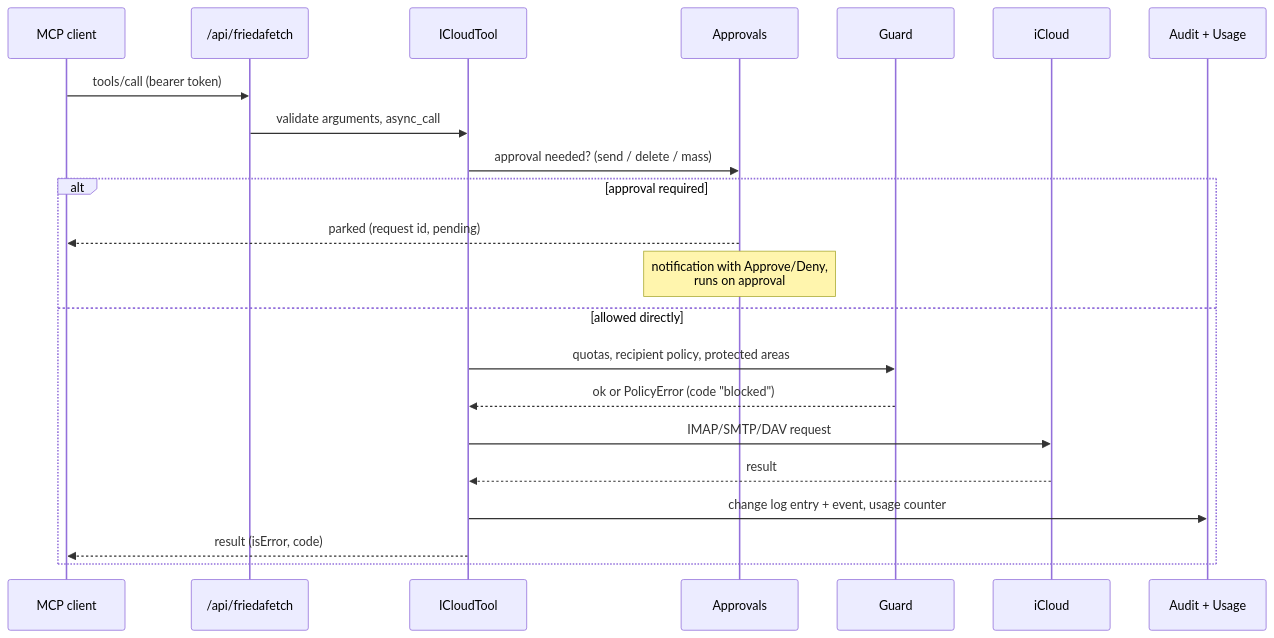
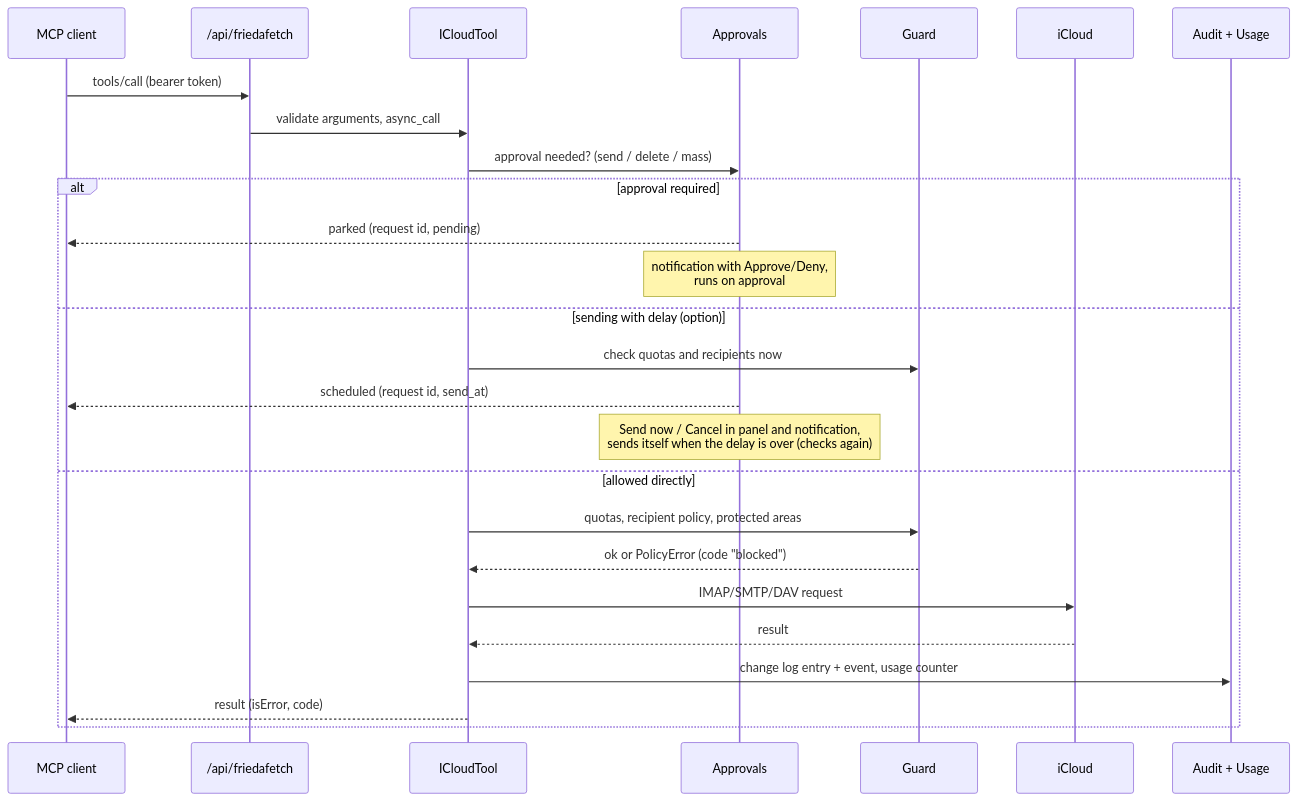
One commit to nadeo360/friedafetch changed the third of 6 diagrams in docs/architecture.md. Above: the diagram before and after it, drawn with Mermaid. The commit also changed other lines of this file and 1 other file, not shown here.

````diff
--- a/docs/architecture.md
+++ b/docs/architecture.md
@@ -215,24 +217,28 @@
 ```mermaid
 sequenceDiagram
   participant C as MCP client
   participant E as /api/friedafetch
   participant T as ICloudTool
   participant A as Approvals
   participant G as Guard
   participant I as iCloud
   participant L as Audit + Usage
   C->>E: tools/call (bearer token)
   E->>T: validate arguments, async_call
   T->>A: approval needed? (send / delete / mass)
   alt approval required
     A-->>C: parked (request id, pending)
     Note over A: notification with Approve/Deny,<br/>runs on approval
+  else sending with delay (option)
+    T->>G: check quotas and recipients now
+    A-->>C: scheduled (request id, send_at)
+    Note over A: Send now / Cancel in panel and notification,<br/>sends itself when the delay is over (checks again)
   else allowed directly
     T->>G: quotas, recipient policy, protected areas
     G-->>T: ok or PolicyError (code "blocked")
     T->>I: IMAP/SMTP/DAV request
     I-->>T: result
     T->>L: change log entry + event, usage counter
     T-->>C: result (isError, code)
   end
 ```
````
